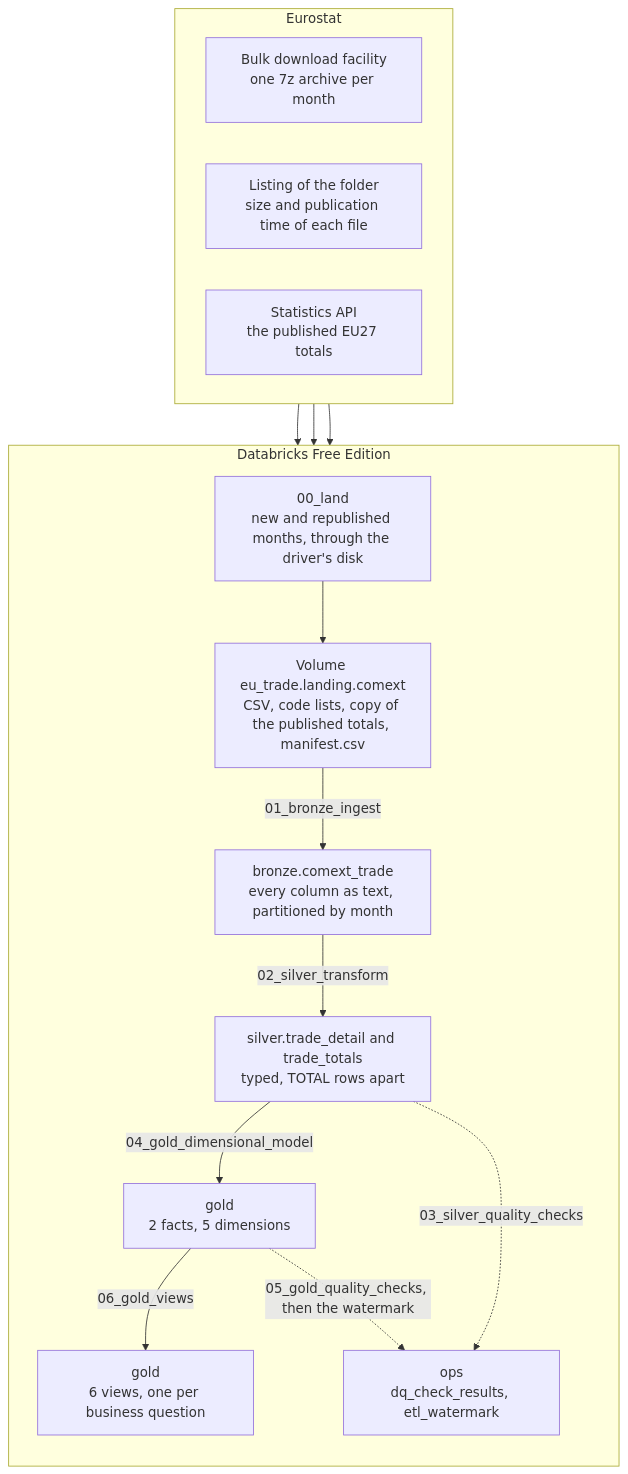
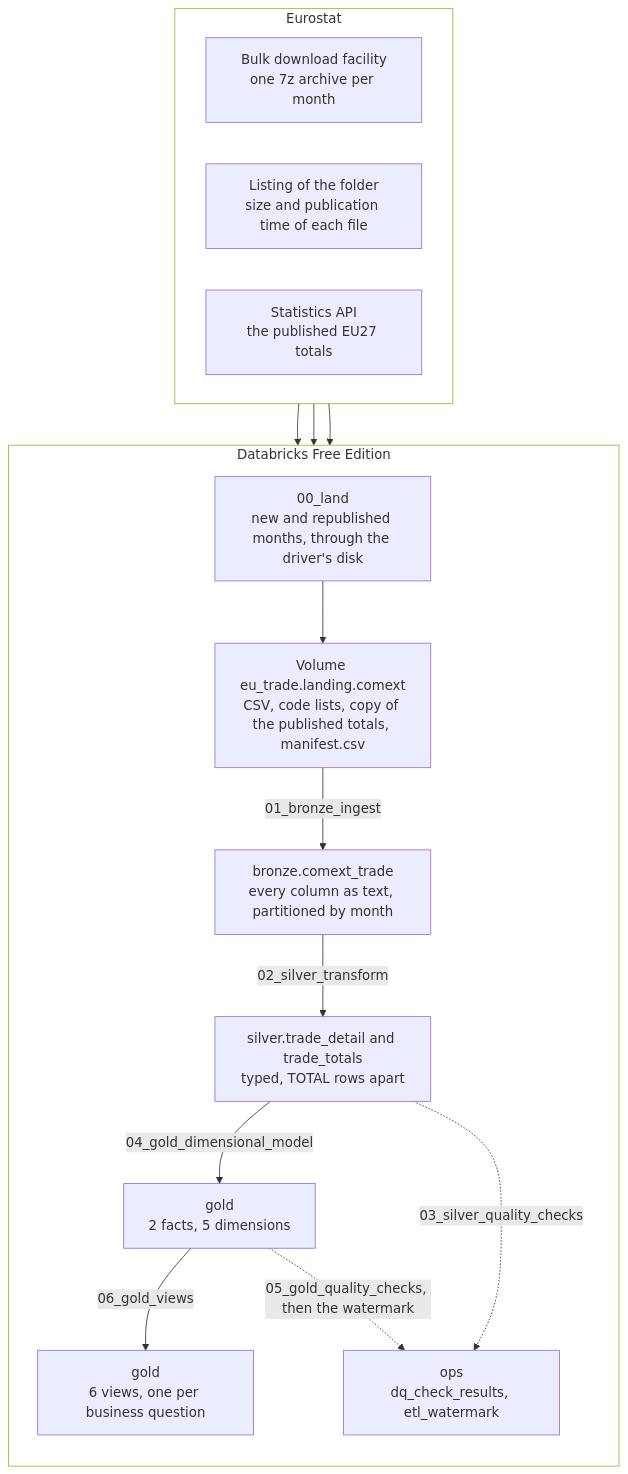
One commit to rdiguglielmo/eu-trade-lakehouse changed the first of 2 diagrams in README.md. Above: the diagram before and after it, drawn with Mermaid.

Commit message:
Draw the architecture diagram on GitHub as the editor preview does
GitHub now lays out Mermaid with ELK; dagre keeps the curves and box order.

````diff
--- a/README.md
+++ b/README.md
@@ -84,31 +84,38 @@
 ```mermaid
+---
+config:
+  layout: dagre
+---
 flowchart TB
     subgraph eurostat[Eurostat]
         direction LR
         BULK["Bulk download facility<br/>one 7z archive per month"]
         LIST["Listing of the folder<br/>size and publication time of each file"]
         STAT["Statistics API<br/>the published EU27 totals"]
     end
 
     subgraph dbx["Databricks Free Edition"]
         direction TB
         LAND["00_land<br/>new and republished months, through the driver's disk"]
         VOL["Volume eu_trade.landing.comext<br/>CSV, code lists, copy of the published totals, manifest.csv"]
         BR["bronze.comext_trade<br/>every column as text, partitioned by month"]
         SI["silver.trade_detail and trade_totals<br/>typed, TOTAL rows apart"]
         GO["gold<br/>2 facts, 5 dimensions"]
         VW["gold<br/>6 views, one per business question"]
         OPS["ops<br/>dq_check_results, etl_watermark"]
     end
 
-    BULK --> LAND
-    LIST --> LAND
-    STAT --> LAND
+    BULK --> dbx
+    LIST --> dbx
+    STAT --> dbx
     LAND --> VOL
     VOL -->|01_bronze_ingest| BR
     BR -->|02_silver_transform| SI
     SI -->|04_gold_dimensional_model| GO
     GO -->|06_gold_views| VW
     SI -.->|03_silver_quality_checks| OPS
     GO -.->|05_gold_quality_checks, then the watermark| OPS
+
+    style eurostat fill:none
+    style dbx fill:none
 ```
````
